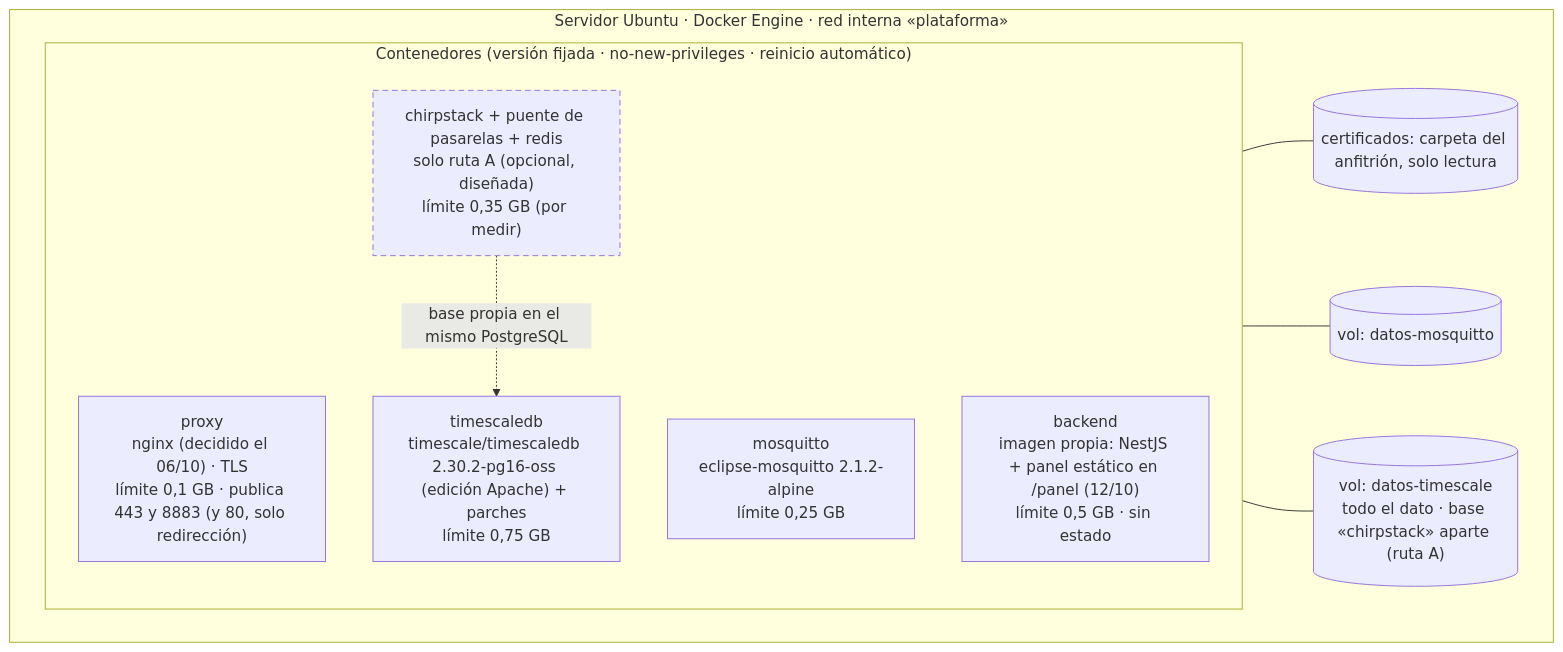
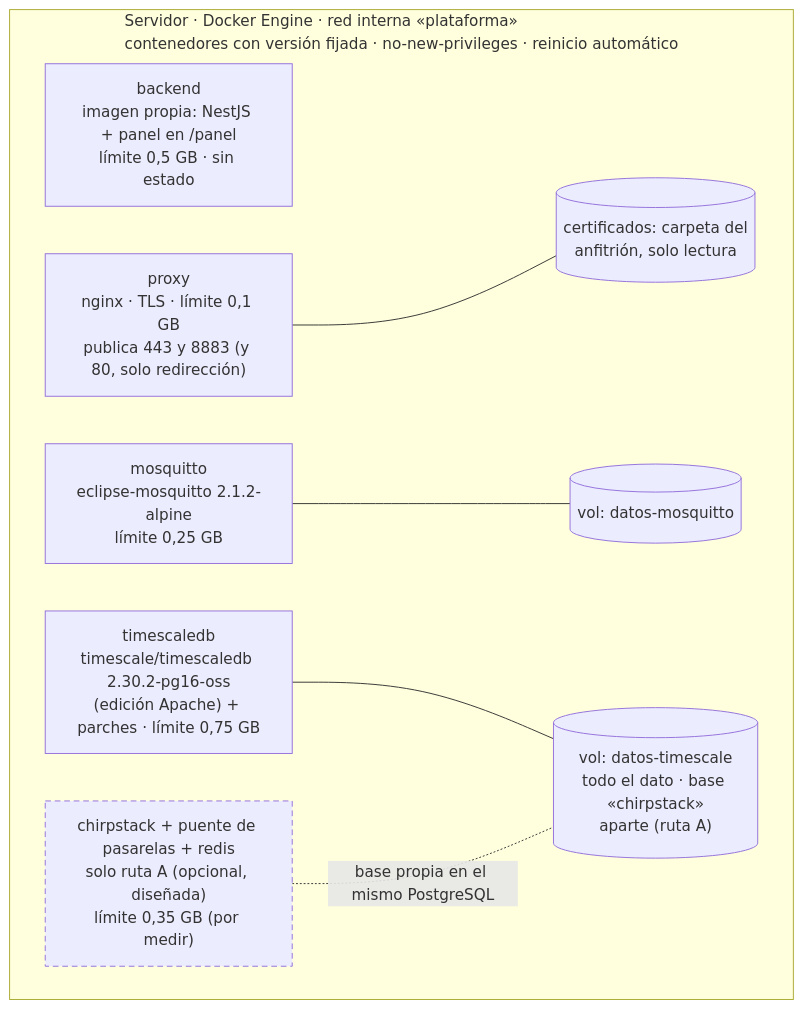
The sixth of 6 diagrams in docs/10-arquitectura.md (vicenterami/tesis), drawn with Mermaid before and after one commit. The commit also changed 27 other files, not shown here.

````diff
--- a/docs/10-arquitectura.md
+++ b/docs/10-arquitectura.md
@@ -637,23 +637,22 @@
 ```mermaid
-flowchart TB
-    subgraph HOST["Servidor Ubuntu · Docker Engine · red interna «plataforma»"]
+%%{init: {"flowchart": {"subGraphTitleMargin": {"top": 0, "bottom": 22}}}}%%
+flowchart LR
+    subgraph HOST["Servidor · Docker Engine · red interna «plataforma»<br/>contenedores con versión fijada · no-new-privileges · reinicio automático"]
         direction LR
-        subgraph SVC["Contenedores (versión fijada · no-new-privileges · reinicio automático)"]
-            direction TB
-            C5["proxy<br/>nginx (decidido el 06/10) · TLS<br/>límite 0,1 GB · publica 443 y 8883 (y 80, solo redirección)"]
-            C1["mosquitto<br/>eclipse-mosquitto 2.1.2-alpine<br/>límite 0,25 GB"]
-            C2["chirpstack + puente de pasarelas + redis<br/>solo ruta A (opcional, diseñada)<br/>límite 0,35 GB (por medir)"]
-            C4["backend<br/>imagen propia: NestJS + panel estático en /panel (12/10)<br/>límite 0,5 GB · sin estado"]
-            C3["timescaledb<br/>timescale/timescaledb 2.30.2-pg16-oss (edición Apache) + parches<br/>límite 0,75 GB"]
-        end
-        V4[("certificados: carpeta del anfitrión, solo lectura")]
+        C5["proxy<br/>nginx · TLS · límite 0,1 GB<br/>publica 443 y 8883 (y 80, solo redirección)"]
+        C1["mosquitto<br/>eclipse-mosquitto 2.1.2-alpine<br/>límite 0,25 GB"]
+        C4["backend<br/>imagen propia: NestJS + panel en /panel<br/>límite 0,5 GB · sin estado"]
+        C3["timescaledb<br/>timescale/timescaledb 2.30.2-pg16-oss<br/>(edición Apache) + parches · límite 0,75 GB"]
+        C2["chirpstack + puente de pasarelas + redis<br/>solo ruta A (opcional, diseñada)<br/>límite 0,35 GB (por medir)"]
+        V4[("certificados: carpeta del<br/>anfitrión, solo lectura")]
         V2[("vol: datos-mosquitto")]
-        V1[("vol: datos-timescale<br/>todo el dato · base «chirpstack» aparte (ruta A)")]
+        V1[("vol: datos-timescale<br/>todo el dato · base «chirpstack»<br/>aparte (ruta A)")]
     end
+    C4 ~~~ V4
     C5 --- V4
     C1 --- V2
     C3 --- V1
-    C2 -. "base propia en el mismo PostgreSQL" .-> C3
+    C2 -. "base propia en el mismo PostgreSQL" .- V1
     classDef opcional stroke-dasharray:6 4
     class C2 opcional
 ```
````
